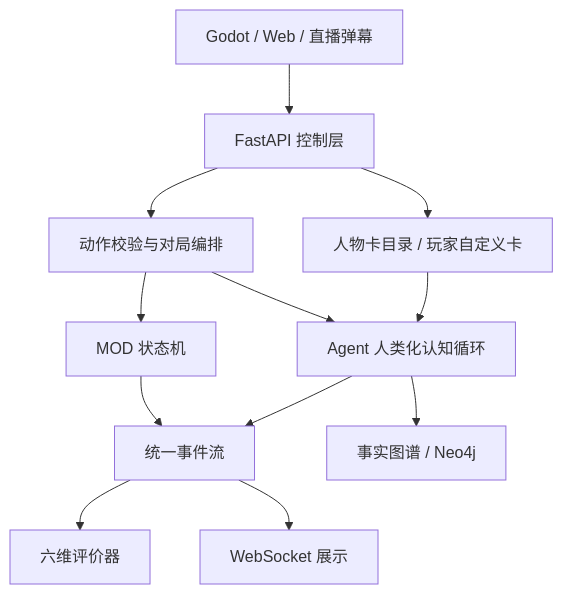
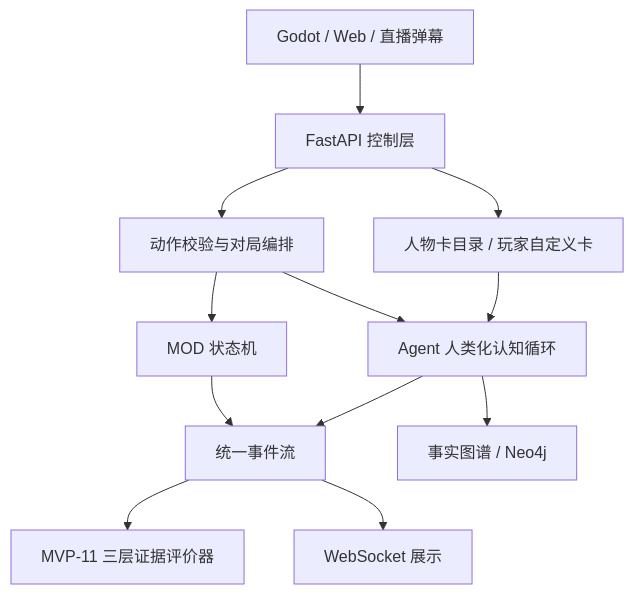
Before and after one commit to vrwanderers/human-vs-agent-engine: the diagram in docs/ARCHITECTURE.md, drawn with Mermaid. The commit also changed other lines of this file and 27 other files, not shown here.

````diff
--- a/docs/ARCHITECTURE.md
+++ b/docs/ARCHITECTURE.md
@@ -5,14 +5,14 @@
 ```mermaid
 flowchart TD
   A[Godot / Web / 直播弹幕] --> B[FastAPI 控制层]
   B --> C[动作校验与对局编排]
   B --> J[人物卡目录 / 玩家自定义卡]
   J --> E
   C --> D[MOD 状态机]
   C --> E[Agent 人类化认知循环]
   D --> F[统一事件流]
   E --> F
   E --> I[事实图谱 / Neo4j]
-  F --> G[六维评价器]
+  F --> G[MVP-11 三层证据评价器]
   F --> H[WebSocket 展示]
 ```
````
